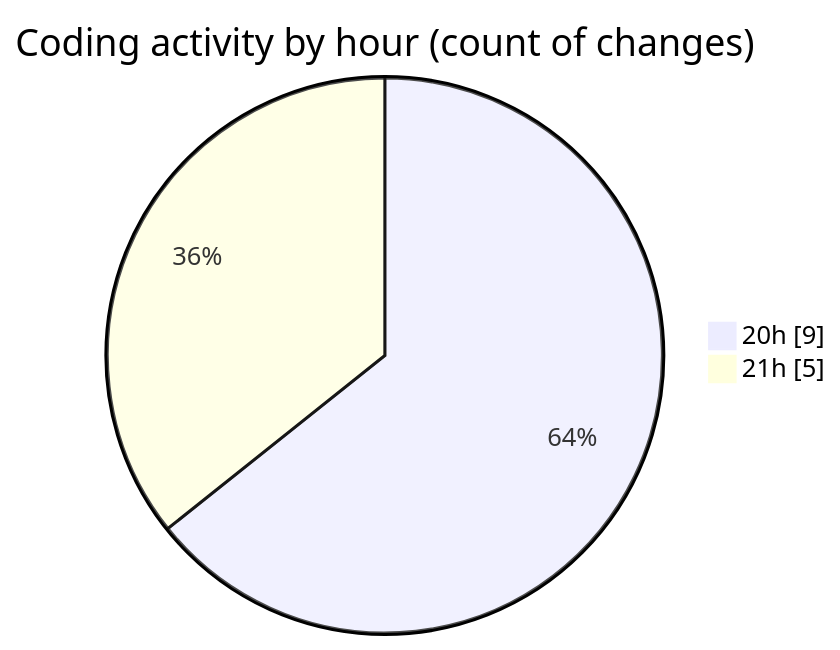
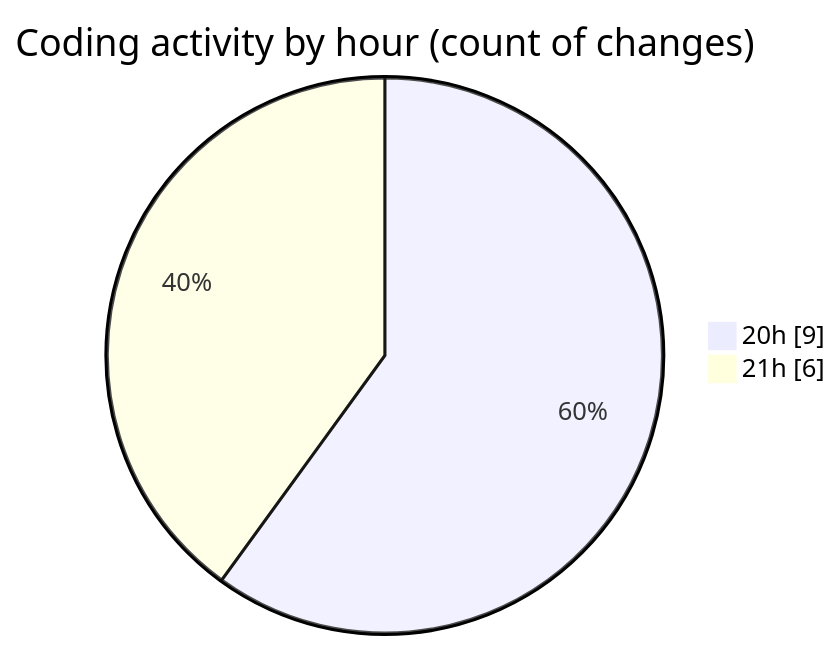
The second of 2 diagrams in 2025-05-21/filetransfer/README.md (Ritupan-Deka/code-tracking), drawn with Mermaid before and after one commit. The commit also changed other lines of this file and 1 other file, not shown here.

````diff
--- a/2025-05-21/filetransfer/README.md
+++ b/2025-05-21/filetransfer/README.md
@@ -30,6 +30,6 @@
 ```mermaid
 pie showData
 title Coding activity by hour (count of changes)
 "20h" : 9
-"21h" : 5
+"21h" : 6
 ```
````
